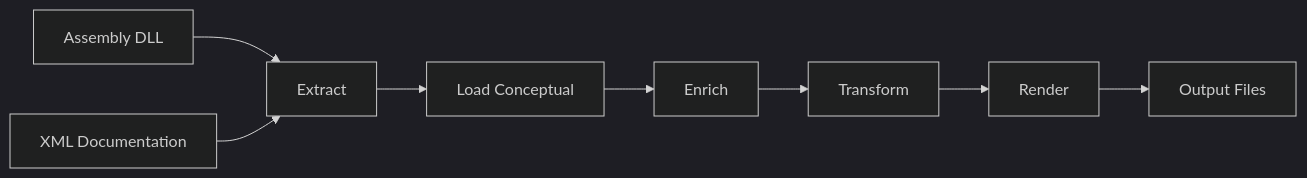
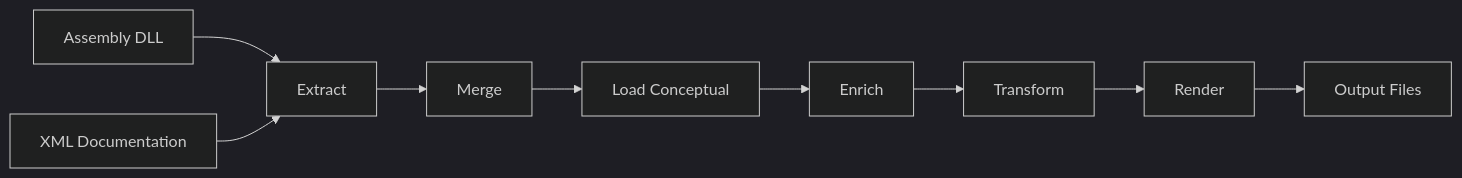
Before and after one commit to CloudNimble/DotNetDocs: the diagram in src/CloudNimble.DotNetDocs.Docs/guides/pipeline.mdx, drawn with Mermaid (dark theme). The commit also changed other lines of this file and 350 other files, not shown here.

````diff
--- a/src/CloudNimble.DotNetDocs.Docs/guides/pipeline.mdx
+++ b/src/CloudNimble.DotNetDocs.Docs/guides/pipeline.mdx
@@ -12,10 +12,10 @@
 ```mermaid
 flowchart LR
     %% Main horizontal flow
-    C[Extract] --> D[Load Conceptual] --> E[Enrich] --> F[Transform] --> G[Render]
+    C[Extract] --> M[Merge] --> D[Load Conceptual] --> E[Enrich] --> F[Transform] --> G[Render]
     %% Inputs above the horizontal flow
     A[Assembly DLL] --> C
     B[XML Documentation] --> C
     %% Output below the horizontal flow
     G --> H[Output Files]
 ```
````
